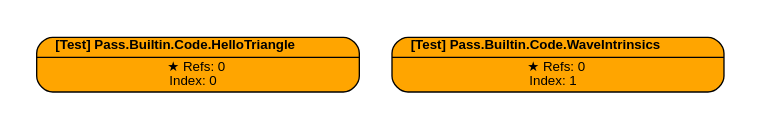
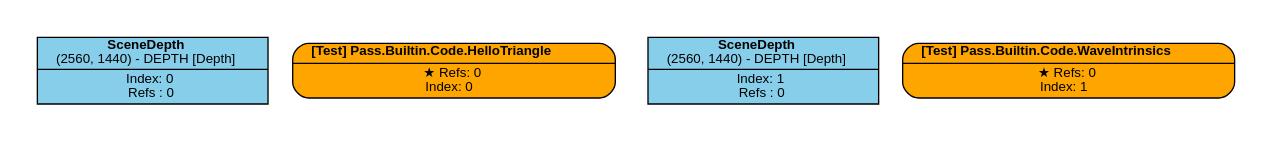
One commit to Pikachuxxxx/Razix changed the diagram in Engine/content/FrameGraphs/data_driven_editor_test.dot. Above: the diagram before and after it, drawn with Graphviz. The commit also changed 5 other files, not shown here.

```diff
--- a/Engine/content/FrameGraphs/data_driven_editor_test.dot
+++ b/Engine/content/FrameGraphs/data_driven_editor_test.dot
@@ -1,25 +1,29 @@
 digraph FrameGraph {
 graph [style=invis, rankdir="TB" ordering=out, splines=spline]
 node [shape=record, fontname="helvetica", fontsize=10, margin="0.2,0.03"]
 
 P0 [label=<{ {<B>[Test] Pass.Builtin.Code.HelloTriangle</B>} | {&#x2605; Refs: 0<BR/> Index: 0} }> style="rounded,filled", fillcolor=orange]
 P1 [label=<{ {<B>[Test] Pass.Builtin.Code.WaveIntrinsics</B>} | {&#x2605; Refs: 0<BR/> Index: 1} }> style="rounded,filled", fillcolor=orange]
 
+R0_1 [label=<{ {<B>SceneDepth</B><BR/>(2560, 1440) - DEPTH [Depth]} | {Index: 0<BR/>Refs : 0} }> style=filled, fillcolor=skyblue]
+R1_1 [label=<{ {<B>SceneDepth</B><BR/>(2560, 1440) - DEPTH [Depth]} | {Index: 1<BR/>Refs : 0} }> style=filled, fillcolor=skyblue]
 
 P0 -> { } [color=orangered]
 P1 -> { } [color=orangered]
 
+R0_1 -> { } [color=olivedrab3]
+R1_1 -> { } [color=olivedrab3]
 
 subgraph cluster_0 {
-P0 
+P0 R0_1 
 }
 subgraph cluster_1 {
-P1 
+P1 R1_1 
 }
 
 subgraph cluster_imported_resources {
 graph [style=dotted, fontname="helvetica", label=< <B>Imported</B> >]
 
 }
 
 }
```
